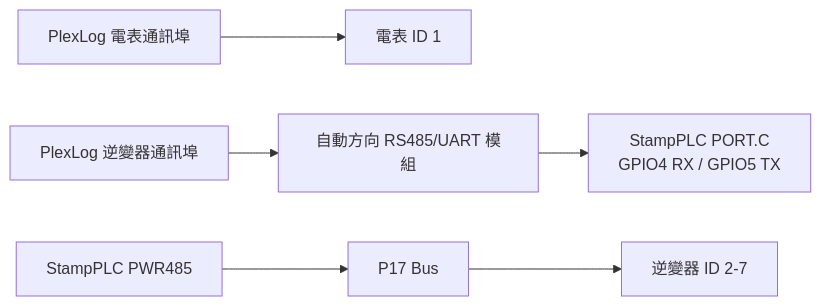
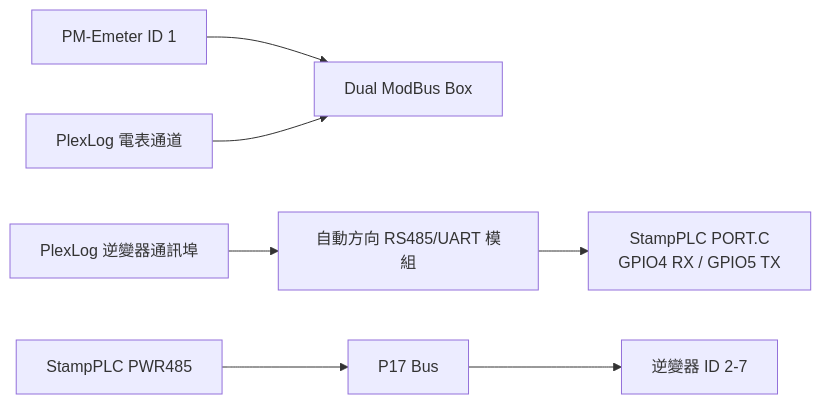
One commit to tatsuo25103/14a-bridge changed the first of 2 diagrams in README.zh-TW.md. Above: the diagram before and after it, drawn with Mermaid. The commit also changed other lines of this file and 11 other files, not shown here.

Commit message:
docs: replace wiring guide and add PlexLog setup

````diff
--- a/README.zh-TW.md
+++ b/README.zh-TW.md
@@ -66,8 +62,9 @@
 ```mermaid
 flowchart LR
-    PLM["PlexLog 電表通訊埠"] --> M["電表 ID 1"]
+    M["PM-Emeter ID 1"] --> DB["Dual ModBus Box"]
+    PLM["PlexLog 電表通道"] --> DB
     PLI["PlexLog 逆變器通訊埠"] --> AD["自動方向 RS485/UART 模組"]
     AD --> PC["StampPLC PORT.C\nGPIO4 RX / GPIO5 TX"]
     SP["StampPLC PWR485"] --> P17["P17 Bus"]
     P17 --> INV["逆變器 ID 2-7"]
 ```
````
